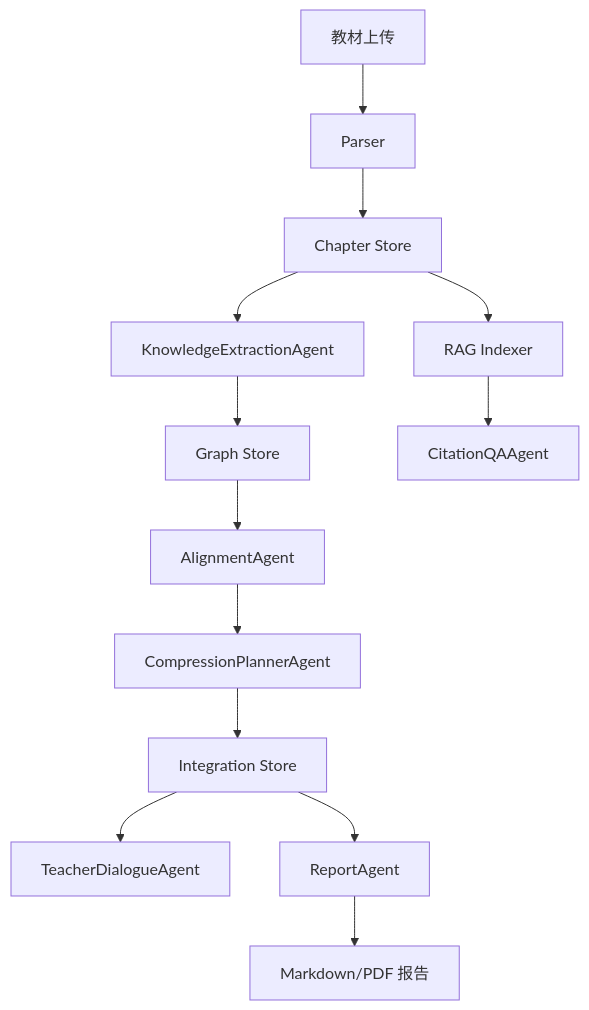
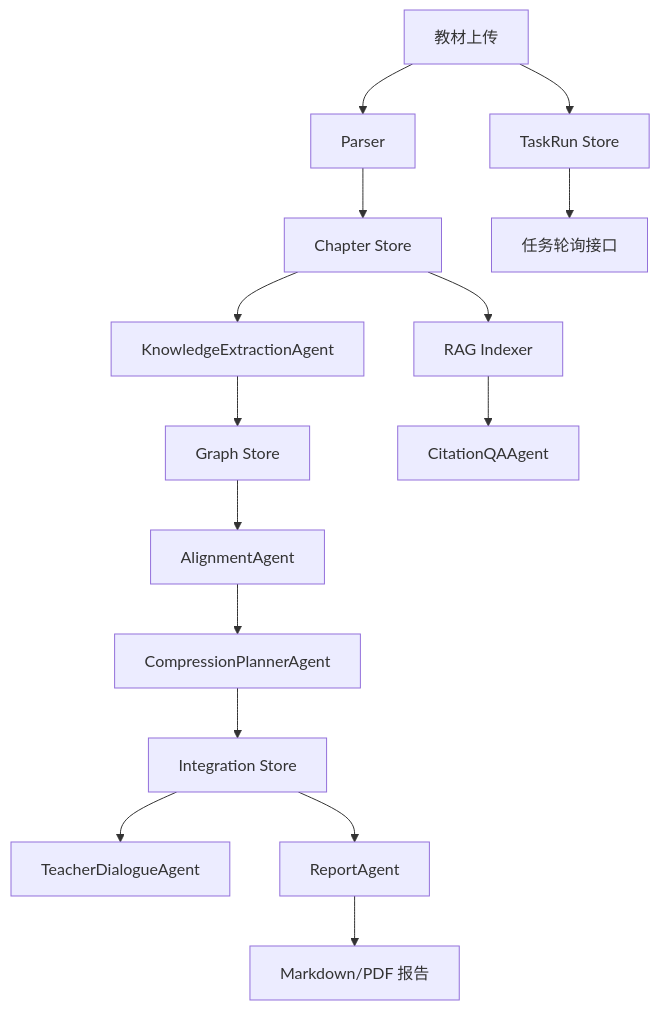
Before and after one commit to Shirley-Sun-222/subject-knowledge-integration-agents: the diagram in docs/系统设计.md, drawn with Mermaid. The commit also changed other lines of this file and 26 other files, not shown here.

````diff
--- a/docs/系统设计.md
+++ b/docs/系统设计.md
@@ -5,15 +5,17 @@
 ```mermaid
 graph TD
   A[教材上传] --> B[Parser]
   B --> C[Chapter Store]
+  A --> N[TaskRun Store]
   C --> D[KnowledgeExtractionAgent]
   D --> E[Graph Store]
   E --> F[AlignmentAgent]
   F --> G[CompressionPlannerAgent]
   G --> H[Integration Store]
   C --> I[RAG Indexer]
   I --> J[CitationQAAgent]
   H --> K[TeacherDialogueAgent]
   H --> L[ReportAgent]
   L --> M[Markdown/PDF 报告]
+  N --> O[任务轮询接口]
 ```
````
